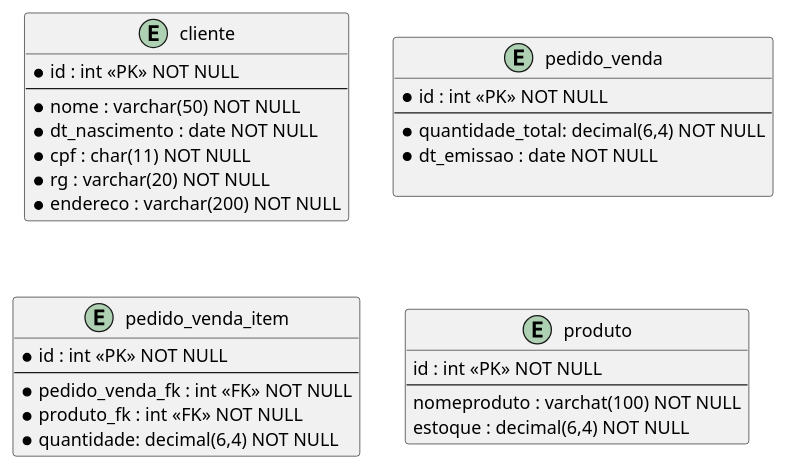
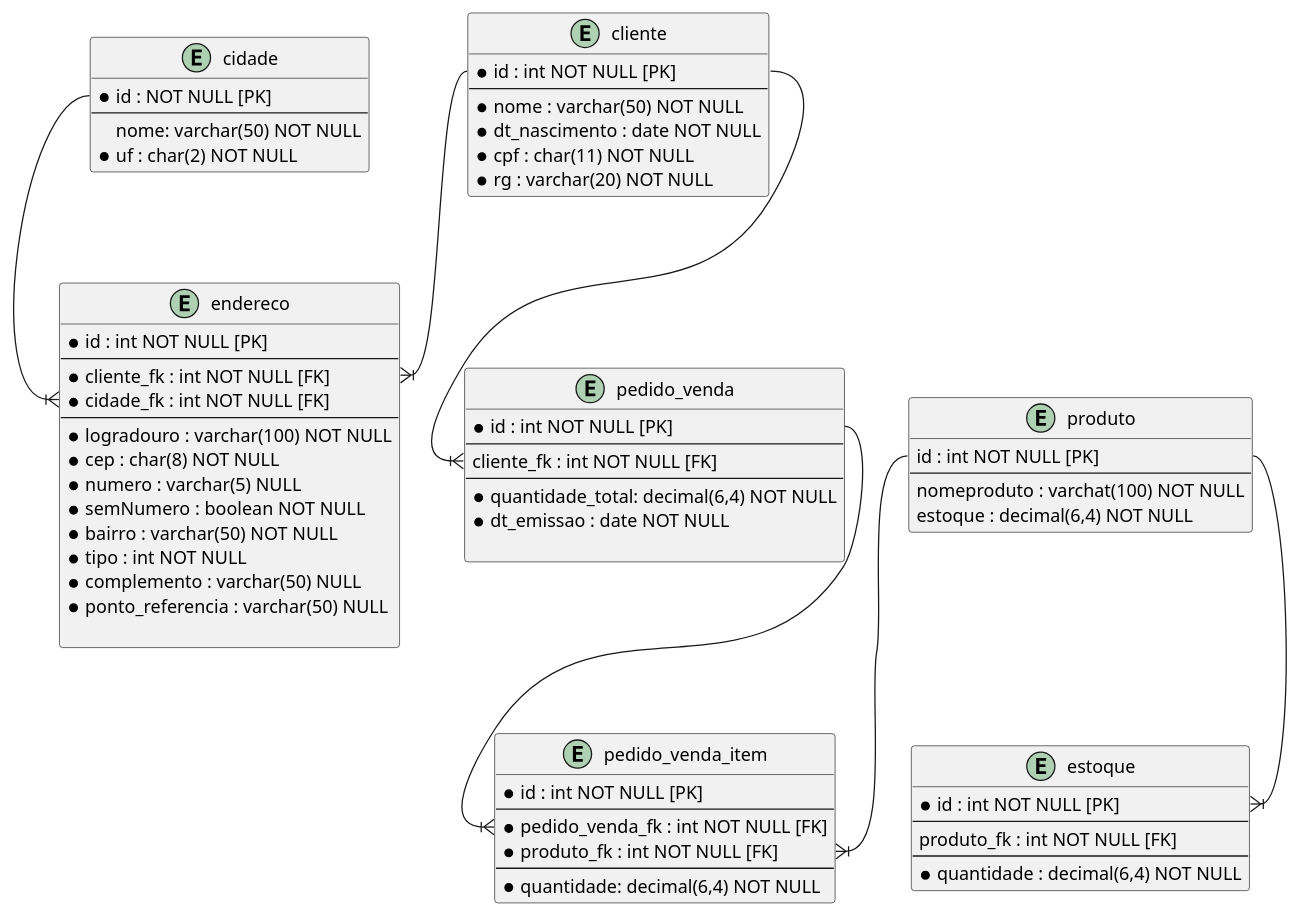
One commit to rerison00/database-2022 changed the diagram in docs/marcio_system.puml. Above: the diagram before and after it, drawn with PlantUML. The commit also changed 1 other file, not shown here.

```diff
--- a/docs/marcio_system.puml
+++ b/docs/marcio_system.puml
@@ -1,37 +1,76 @@
 @startuml marcio_system
 
 entity cliente {
-    *id : int <<PK>> NOT NULL
+    *id : int NOT NULL [PK]
     --
     *nome : varchar(50) NOT NULL
     *dt_nascimento : date NOT NULL
     *cpf : char(11) NOT NULL
     *rg : varchar(20) NOT NULL
-    *endereco : varchar(200) NOT NULL
+}
+
+entity endereco{
+    *id : int NOT NULL [PK]
+    --
+    *cliente_fk : int NOT NULL [FK]
+    *cidade_fk : int NOT NULL [FK]
+    --
+    *logradouro : varchar(100) NOT NULL
+    *cep : char(8) NOT NULL
+    *numero : varchar(5) NULL
+    *semNumero : boolean NOT NULL
+    *bairro : varchar(50) NOT NULL
+    *tipo : int NOT NULL
+    *complemento : varchar(50) NULL
+    *ponto_referencia : varchar(50) NULL
+
+}
+
+entity cidade{
+    *id : NOT NULL [PK]
+    --
+    nome: varchar(50) NOT NULL
+    *uf : char(2) NOT NULL
 }
 
 entity pedido_venda {
-    *id : int <<PK>> NOT NULL
+    *id : int NOT NULL [PK]
+    --
+    cliente_fk : int NOT NULL [FK]
     --
     *quantidade_total: decimal(6,4) NOT NULL
     *dt_emissao : date NOT NULL
 
 }
 
 entity pedido_venda_item {
-    *id : int <<PK>> NOT NULL
+    *id : int NOT NULL [PK]
     --
-    *pedido_venda_fk : int <<FK>> NOT NULL
-    *produto_fk : int <<FK>> NOT NULL
+    *pedido_venda_fk : int NOT NULL [FK]
+    *produto_fk : int NOT NULL [FK]
+    --
     *quantidade: decimal(6,4) NOT NULL
 }
 
 entity produto {
-    id : int <<PK>> NOT NULL
+    id : int NOT NULL [PK]
     --
     nomeproduto : varchat(100) NOT NULL
     estoque : decimal(6,4) NOT NULL
 }
 
+entity estoque{
+    *id : int NOT NULL [PK]
+    --
+    produto_fk : int NOT NULL [FK]
+    --
+    *quantidade : decimal(6,4) NOT NULL
+}
 
+cliente::id --|{ endereco::cliente_fk
+cidade::id --|{ endereco::cidade_fk
+cliente::id --|{ pedido_venda::cliente_fk
+pedido_venda::id --|{ pedido_venda_item::pedido_venda_fk
+produto::id --|{ pedido_venda_item::produto_fk
+produto::id --|{ estoque::id
 @enduml
```
